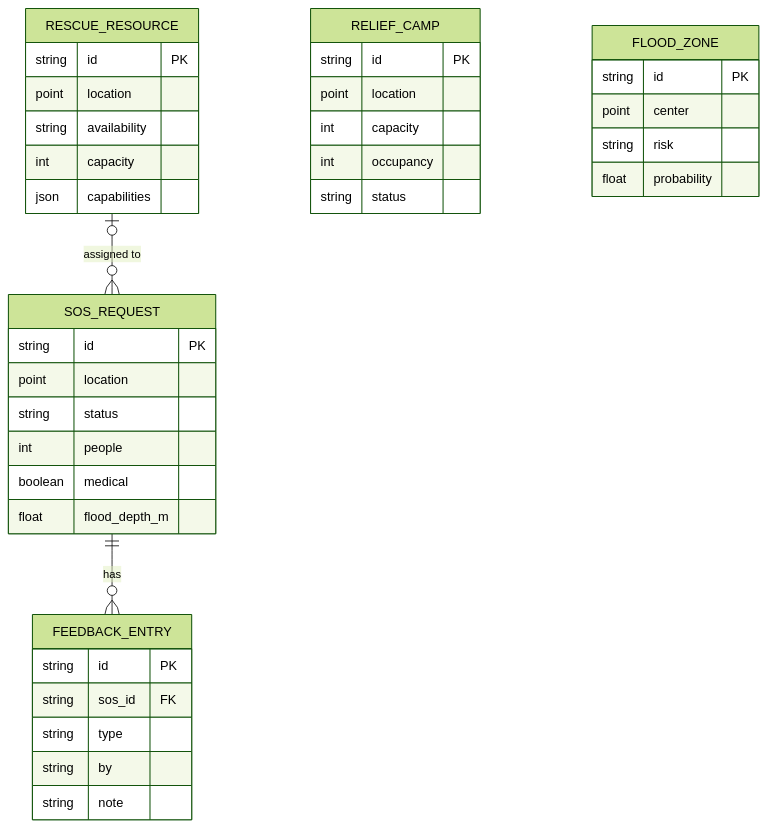
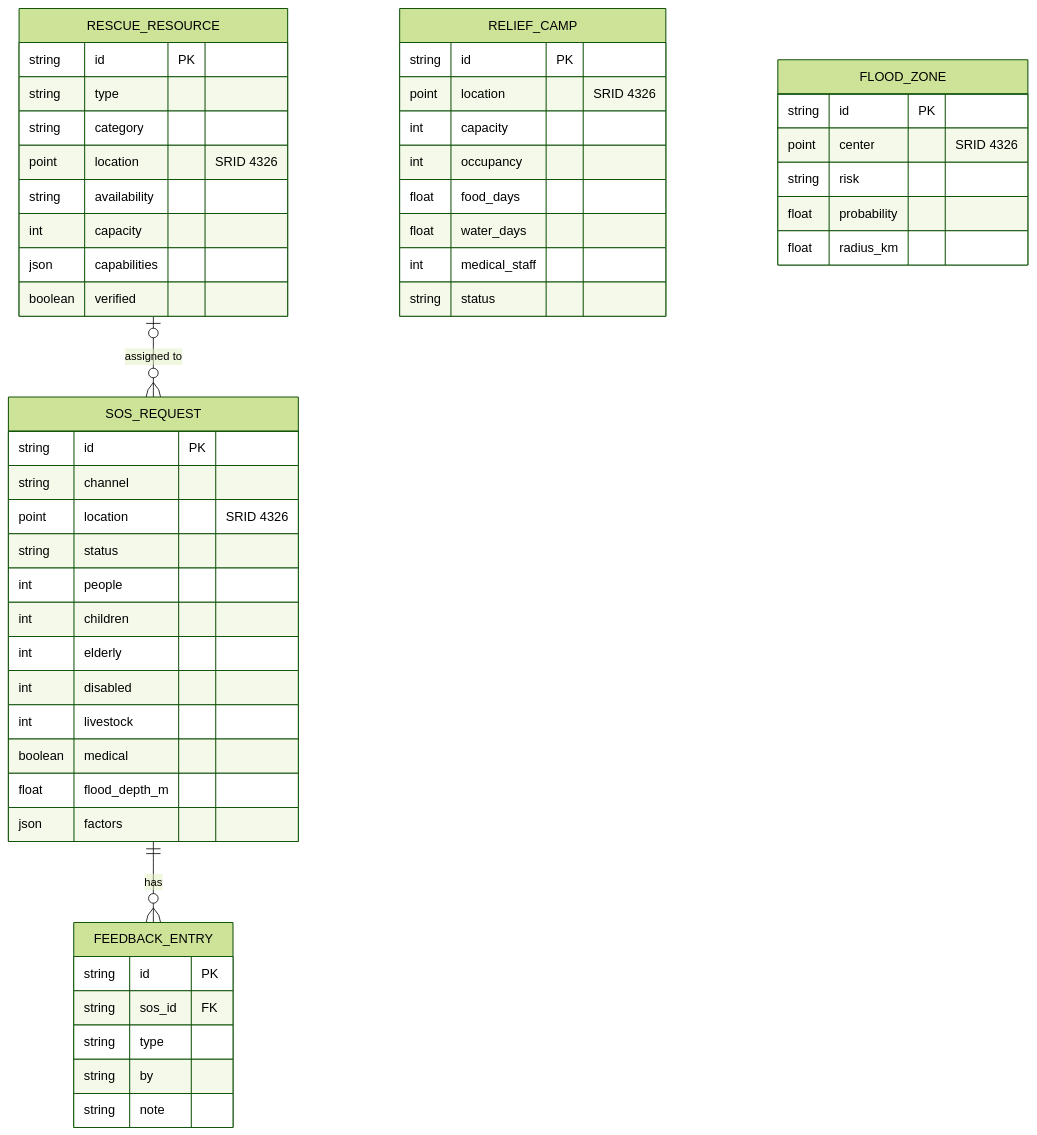
One commit to bbhavya34/ResQFlow changed the fourth of 4 diagrams in README.md. Above: the diagram before and after it, drawn with Mermaid (forest theme). The commit also changed other lines of this file and 13 other files, not shown here.

````diff
--- a/README.md
+++ b/README.md
@@ -44,40 +142,53 @@
 ```mermaid
 erDiagram
   RESCUE_RESOURCE o|--o{ SOS_REQUEST : "assigned to"
   SOS_REQUEST ||--o{ FEEDBACK_ENTRY : "has"
   SOS_REQUEST {
     string id PK
-    point location
+    string channel
+    point location "SRID 4326"
     string status
     int people
+    int children
+    int elderly
+    int disabled
+    int livestock
     boolean medical
     float flood_depth_m
+    json factors
   }
   RESCUE_RESOURCE {
     string id PK
-    point location
+    string type
+    string category
+    point location "SRID 4326"
     string availability
     int capacity
     json capabilities
+    boolean verified
   }
   RELIEF_CAMP {
     string id PK
-    point location
+    point location "SRID 4326"
     int capacity
     int occupancy
+    float food_days
+    float water_days
+    int medical_staff
     string status
   }
   FLOOD_ZONE {
     string id PK
-    point center
+    point center "SRID 4326"
     string risk
     float probability
+    float radius_km
   }
   FEEDBACK_ENTRY {
     string id PK
     string sos_id FK
     string type
     string by
     string note
   }
 ```
````
